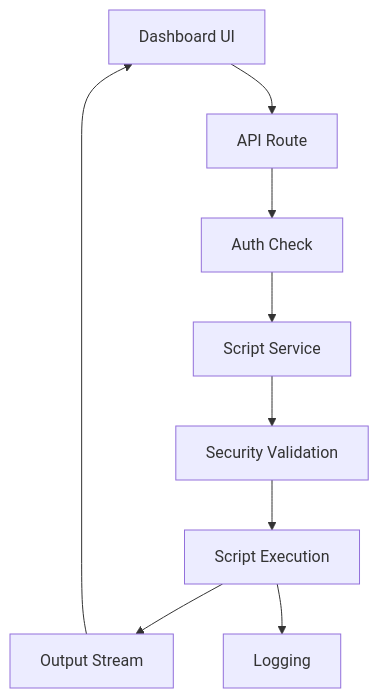
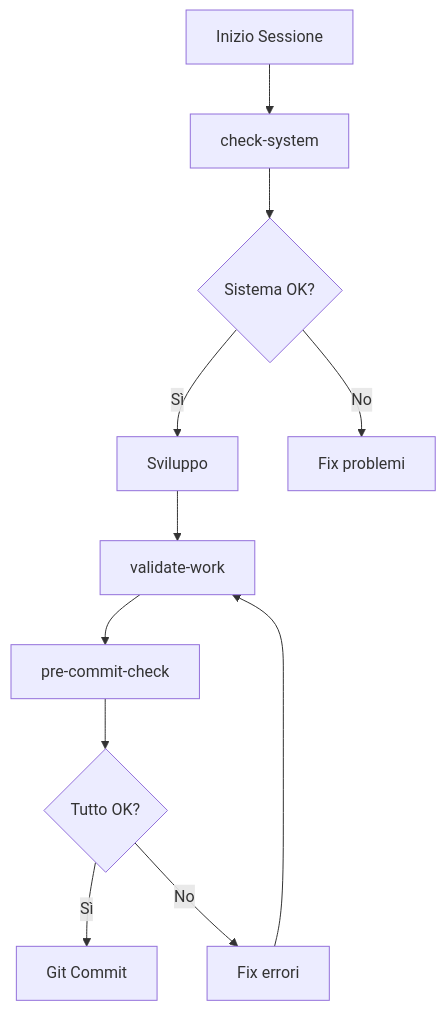
The diagram in Docs/04-SISTEMI/SCRIPT-MANAGER.md (241luca/Richiesta-Assistenza), drawn with Mermaid before and after one commit. The commit also changed other lines of this file and 2553 other files, not shown here.

````diff
--- a/Docs/04-SISTEMI/SCRIPT-MANAGER.md
+++ b/Docs/04-SISTEMI/SCRIPT-MANAGER.md
@@ -81,11 +359,13 @@
 ```mermaid
 graph TD
-    A[Dashboard UI] --> B[API Route]
-    B --> C[Auth Check]
-    C --> D[Script Service]
-    D --> E[Security Validation]
-    E --> F[Script Execution]
-    F --> G[Output Stream]
-    G --> A
-    F --> H[Logging]
+    A[Inizio Sessione] --> B[check-system]
+    B --> C{Sistema OK?}
+    C -->|Sì| D[Sviluppo]
+    C -->|No| E[Fix problemi]
+    D --> F[validate-work]
+    F --> G[pre-commit-check]
+    G --> H{Tutto OK?}
+    H -->|Sì| I[Git Commit]
+    H -->|No| J[Fix errori]
+    J --> F
 ```
````
